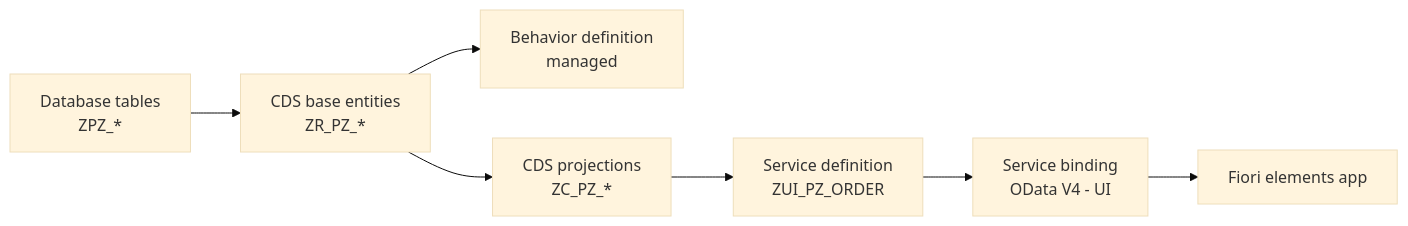
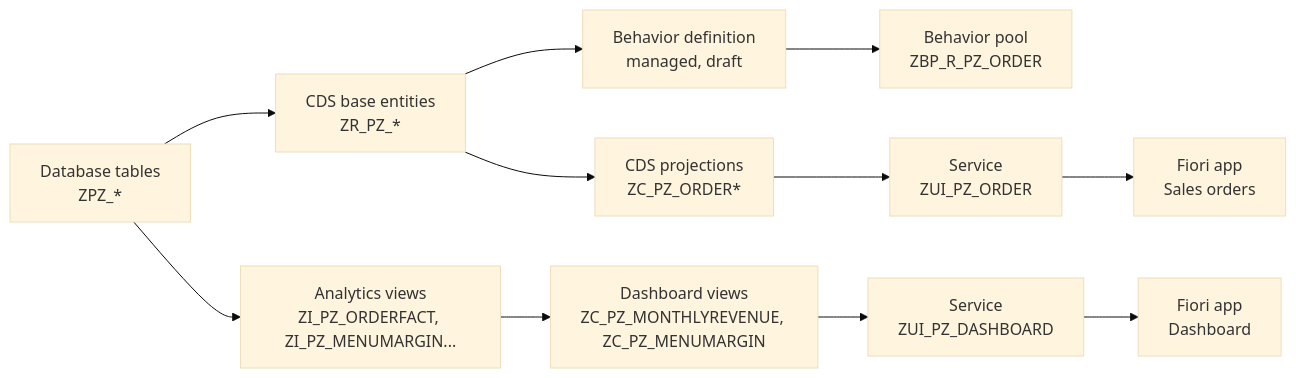
The first of 2 diagrams in README.md (guilhermegamarra7/dashboard-pizzaria-rap-abap), drawn with Mermaid (base theme) before and after one commit. The commit also changed other lines of this file and 3 other files, not shown here.

````diff
--- a/README.md
+++ b/README.md
@@ -32,9 +50,13 @@
 ```mermaid
 flowchart LR
     T[Database tables<br/>ZPZ_*] --> R[CDS base entities<br/>ZR_PZ_*]
-    R --> B[Behavior definition<br/>managed]
-    R --> C[CDS projections<br/>ZC_PZ_*]
-    C --> S[Service definition<br/>ZUI_PZ_ORDER]
-    S --> SB[Service binding<br/>OData V4 - UI]
-    SB --> F[Fiori elements app]
+    R --> B[Behavior definition<br/>managed, draft]
+    B --> BP[Behavior pool<br/>ZBP_R_PZ_ORDER]
+    R --> C[CDS projections<br/>ZC_PZ_ORDER*]
+    C --> S[Service<br/>ZUI_PZ_ORDER]
+    S --> F[Fiori app<br/>Sales orders]
+    T --> A[Analytics views<br/>ZI_PZ_ORDERFACT, ZI_PZ_MENUMARGIN...]
+    A --> D[Dashboard views<br/>ZC_PZ_MONTHLYREVENUE, ZC_PZ_MENUMARGIN]
+    D --> DS[Service<br/>ZUI_PZ_DASHBOARD]
+    DS --> DF[Fiori app<br/>Dashboard]
 ```
````
